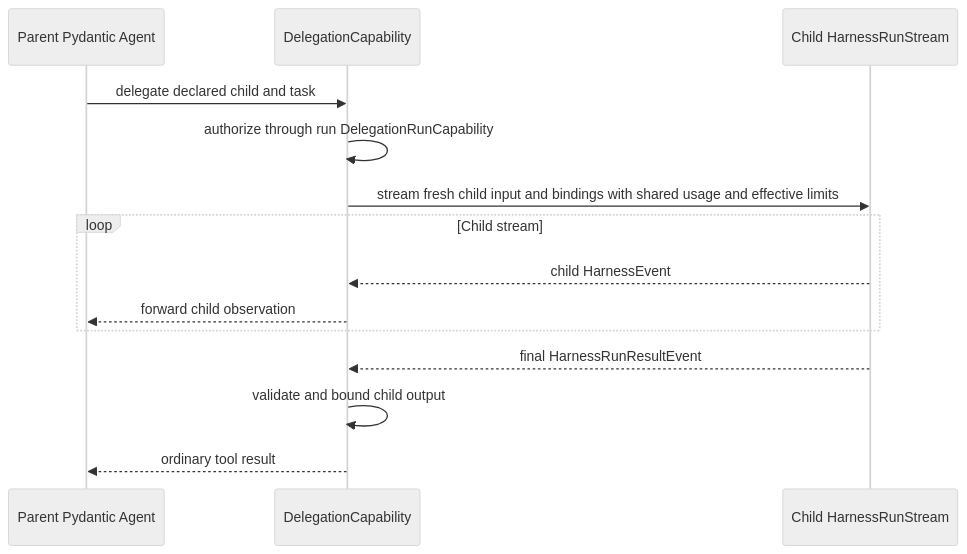
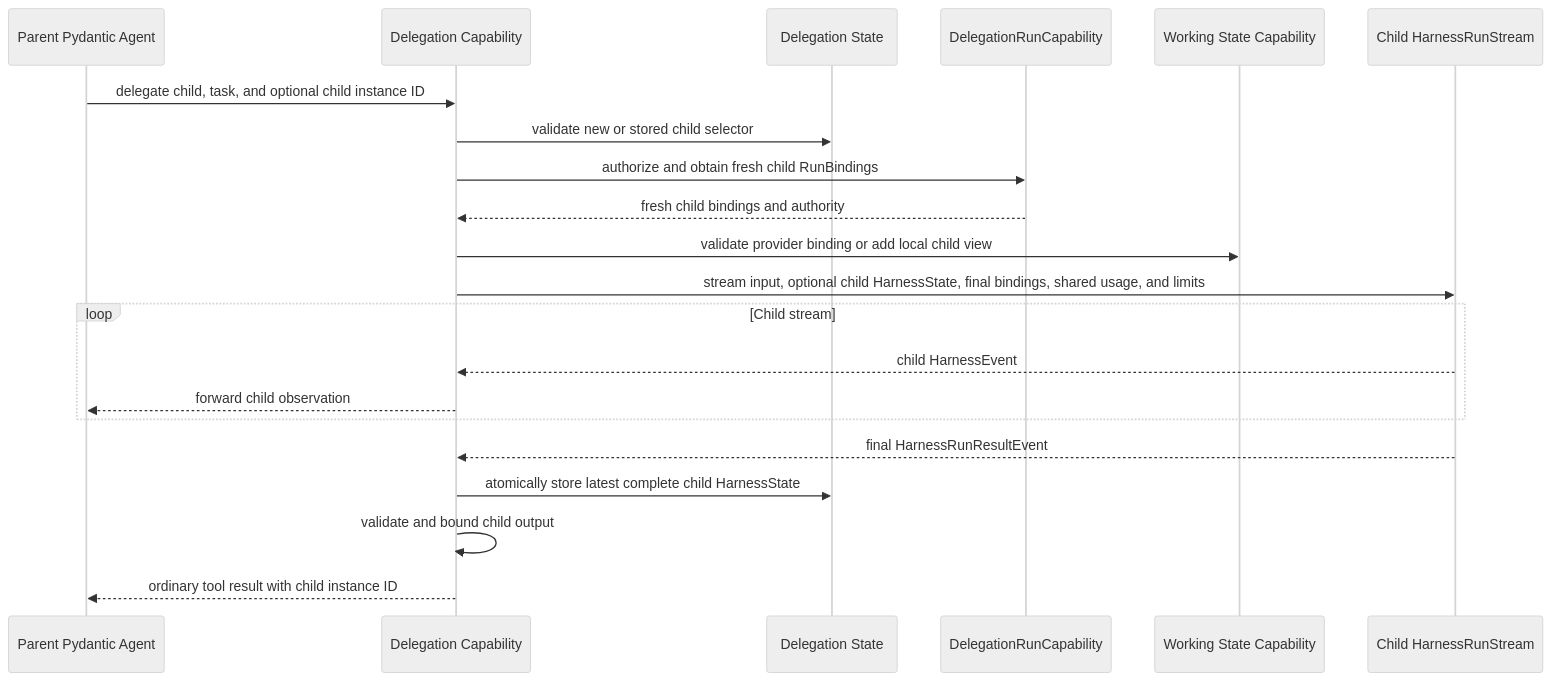
Before and after one commit to LTThreeComma/agent-foundation: the first of 2 diagrams in spec/agent-harness/11-delegation-and-subagents.md, drawn with Mermaid (neutral theme). The commit also changed other lines of this file and 54 other files, not shown here.

````diff
--- a/spec/agent-harness/11-delegation-and-subagents.md
+++ b/spec/agent-harness/11-delegation-and-subagents.md
@@ -101,17 +170,24 @@
 ```mermaid
 sequenceDiagram
     participant Parent as Parent Pydantic Agent
-    participant Delegate as DelegationCapability
+    participant Delegate as Delegation Capability
+    participant State as Delegation State
+    participant Binder as DelegationRunCapability
+    participant Tasks as Working State Capability
     participant Child as Child HarnessRunStream
 
-    Parent->>Delegate: delegate declared child and task
-    Delegate->>Delegate: authorize through run DelegationRunCapability
-    Delegate->>Child: stream fresh child input and bindings with shared usage and effective limits
+    Parent->>Delegate: delegate child, task, and optional child instance ID
+    Delegate->>State: validate new or stored child selector
+    Delegate->>Binder: authorize and obtain fresh child RunBindings
+    Binder-->>Delegate: fresh child bindings and authority
+    Delegate->>Tasks: validate provider binding or add local child view
+    Delegate->>Child: stream input, optional child HarnessState, final bindings, shared usage, and limits
     loop Child stream
         Child-->>Delegate: child HarnessEvent
         Delegate-->>Parent: forward child observation
     end
     Child-->>Delegate: final HarnessRunResultEvent
+    Delegate->>State: atomically store latest complete child HarnessState
     Delegate->>Delegate: validate and bound child output
-    Delegate-->>Parent: ordinary tool result
+    Delegate-->>Parent: ordinary tool result with child instance ID
 ```
````
